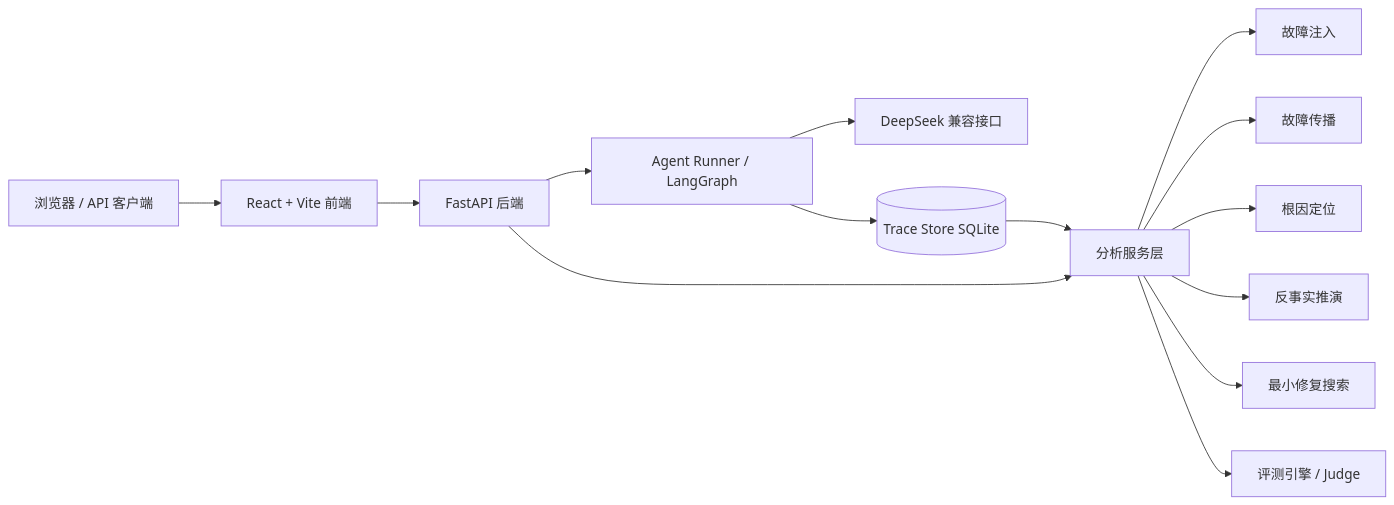
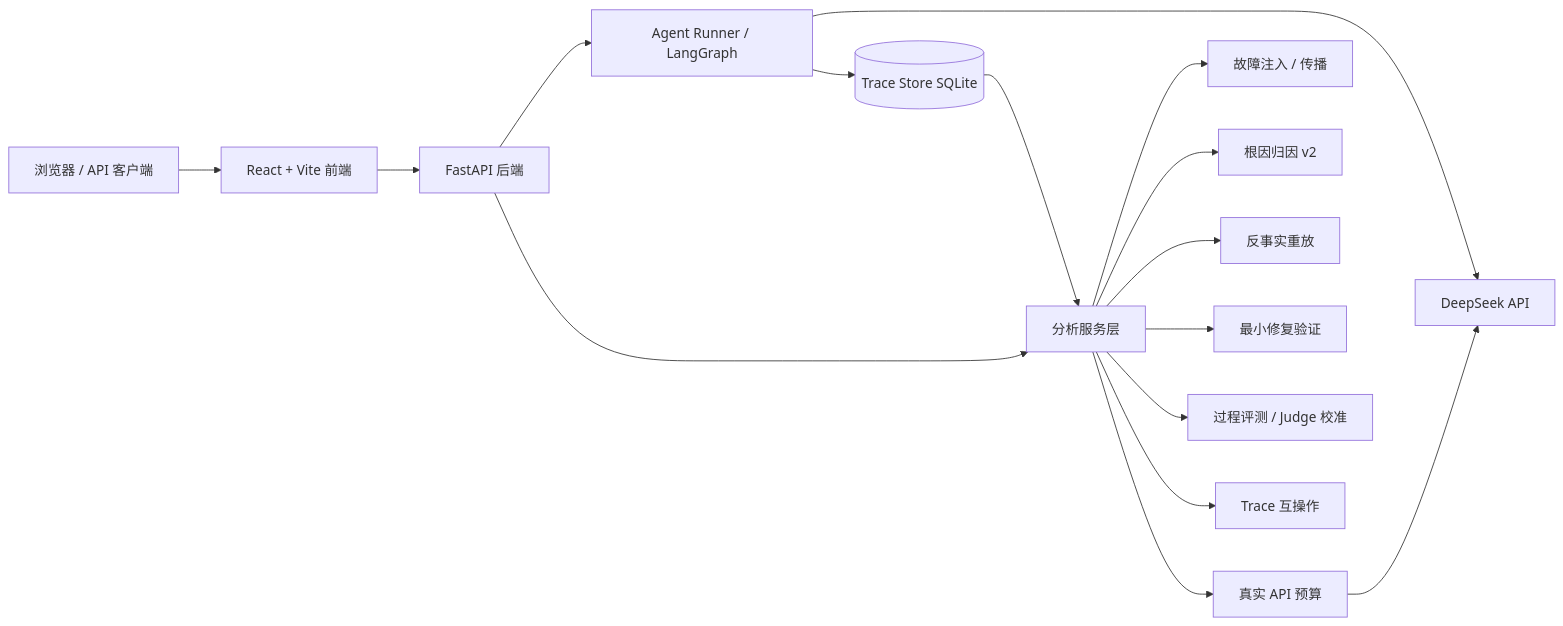
Before and after one commit to 9mc79r92fj-wq/TracePilot-release: the diagram in README.md, drawn with Mermaid. The commit also changed other lines of this file and 141 other files, not shown here.

````diff
--- a/README.md
+++ b/README.md
@@ -35,16 +41,18 @@
 ```mermaid
 flowchart LR
     U[浏览器 / API 客户端] --> FE[React + Vite 前端]
     FE --> API[FastAPI 后端]
     API --> RUN[Agent Runner / LangGraph]
-    RUN --> LLM[DeepSeek 兼容接口]
+    RUN --> LLM[DeepSeek API]
     RUN --> TR[(Trace Store SQLite)]
     API --> SVC[分析服务层]
-    SVC --> FI[故障注入]
-    SVC --> FP[故障传播]
-    SVC --> RC[根因定位]
-    SVC --> CF[反事实推演]
-    SVC --> MR[最小修复搜索]
-    SVC --> EV[评测引擎 / Judge]
+    SVC --> FI[故障注入 / 传播]
+    SVC --> RC[根因归因 v2]
+    SVC --> CF[反事实重放]
+    SVC --> MR[最小修复验证]
+    SVC --> EV[过程评测 / Judge 校准]
+    SVC --> IO[Trace 互操作]
+    SVC --> BUD[真实 API 预算]
     TR --> SVC
+    BUD --> LLM
 ```
````
